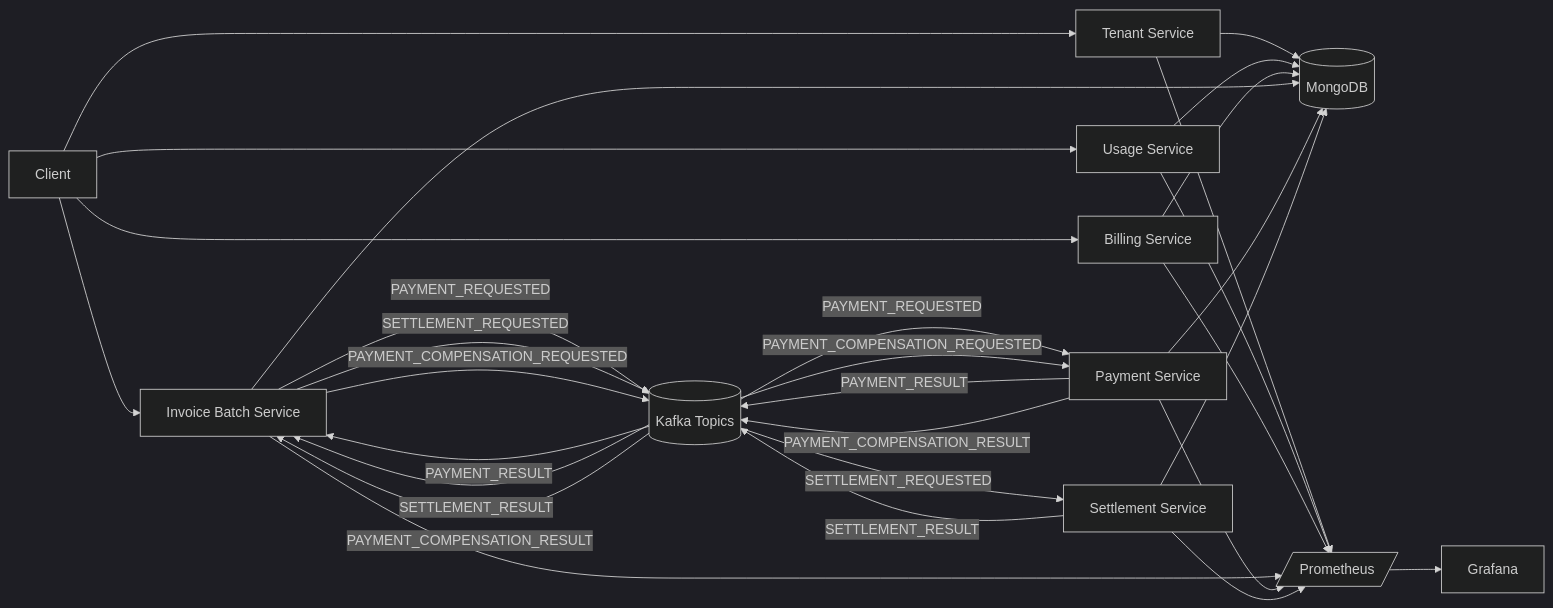
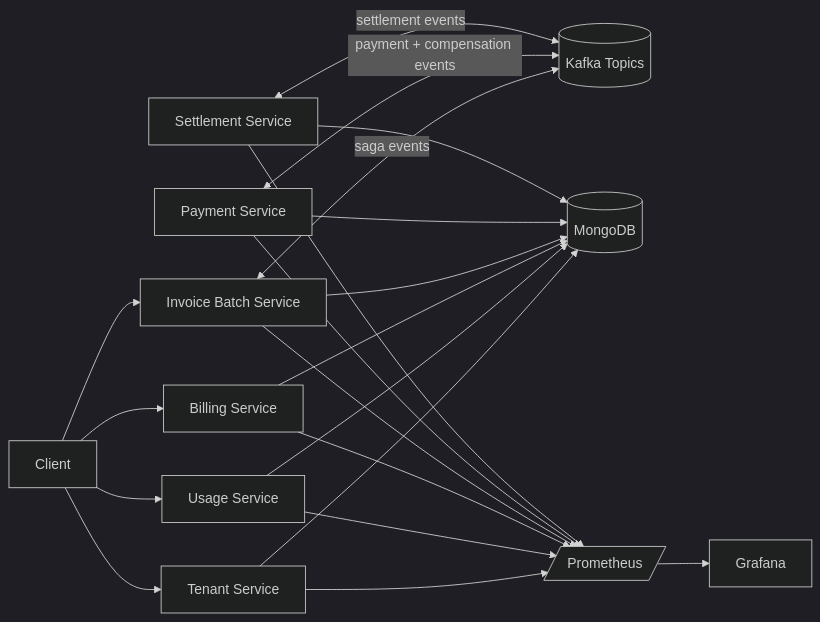
One commit to MustafaBulu/billing-platform-parent changed the diagram in README.md. Above: the diagram before and after it, drawn with Mermaid (dark theme).

Commit message:
docs: simplify architecture diagram event flows

````diff
--- a/README.md
+++ b/README.md
@@ -50,35 +50,26 @@
 ```mermaid
 flowchart LR
     C[Client] --> T[Tenant Service]
     C --> U[Usage Service]
     C --> B[Billing Service]
     C --> I[Invoice Batch Service]
     K[(Kafka Topics)]
-    I -->|PAYMENT_REQUESTED| K
-    I -->|SETTLEMENT_REQUESTED| K
-    I -->|PAYMENT_COMPENSATION_REQUESTED| K
-    K -->|PAYMENT_REQUESTED| P[Payment Service]
-    P -->|PAYMENT_RESULT| K
-    K -->|PAYMENT_RESULT| I
-    K -->|SETTLEMENT_REQUESTED| S[Settlement Service]
-    S -->|SETTLEMENT_RESULT| K
-    K -->|SETTLEMENT_RESULT| I
-    K -->|PAYMENT_COMPENSATION_REQUESTED| P
-    P -->|PAYMENT_COMPENSATION_RESULT| K
-    K -->|PAYMENT_COMPENSATION_RESULT| I
+    I <-->|saga events| K
+    P[Payment Service] <-->|payment + compensation events| K
+    S[Settlement Service] <-->|settlement events| K
 
     T --> M[(MongoDB)]
     U --> M
     B --> M
     I --> M
     P --> M
     S --> M
 
     T --> PR[/Prometheus/]
     U --> PR
     B --> PR
     I --> PR
     P --> PR
     S --> PR
     PR --> G[Grafana]
 ```
````
